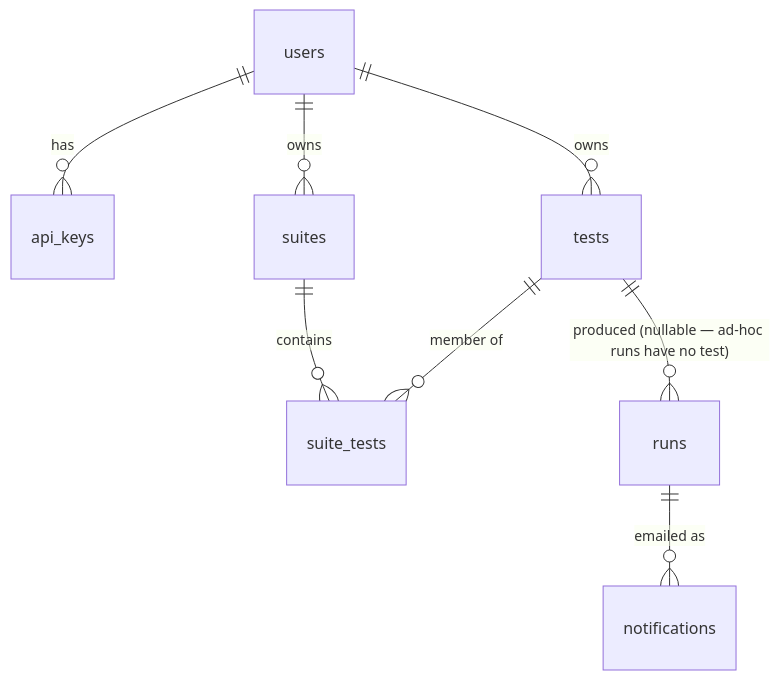
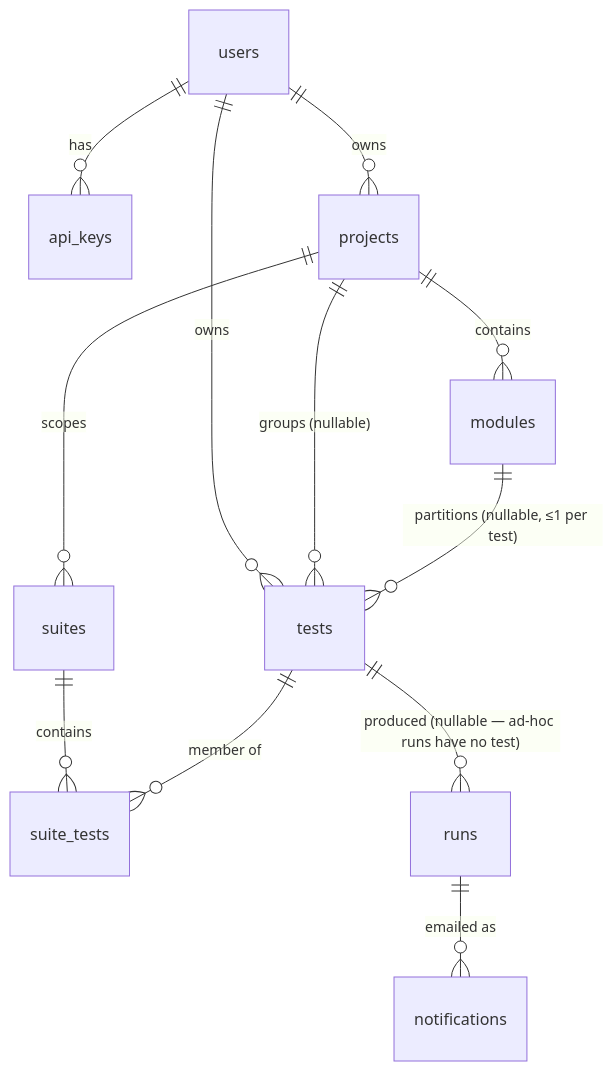
The diagram in db/README.md (rszhd/qassist), drawn with Mermaid before and after one commit. The commit also changed other lines of this file and 12 other files, not shown here.

First line of the commit message:
Add US-023 backend: projects, modules, project-scoped suites

````diff
--- a/db/README.md
+++ b/db/README.md
@@ -22,10 +22,14 @@
 ```mermaid
 erDiagram
-  users ||--o{ api_keys : has
-  users ||--o{ tests : owns
-  users ||--o{ suites : owns
-  suites ||--o{ suite_tests : contains
-  tests ||--o{ suite_tests : "member of"
-  tests ||--o{ runs : "produced (nullable — ad-hoc runs have no test)"
-  runs  ||--o{ notifications : "emailed as"
+  users    ||--o{ api_keys : has
+  users    ||--o{ tests : owns
+  users    ||--o{ projects : owns
+  projects ||--o{ modules : contains
+  projects ||--o{ suites : scopes
+  projects ||--o{ tests : "groups (nullable)"
+  modules  ||--o{ tests : "partitions (nullable, ≤1 per test)"
+  suites   ||--o{ suite_tests : contains
+  tests    ||--o{ suite_tests : "member of"
+  tests    ||--o{ runs : "produced (nullable — ad-hoc runs have no test)"
+  runs     ||--o{ notifications : "emailed as"
 ```
````
